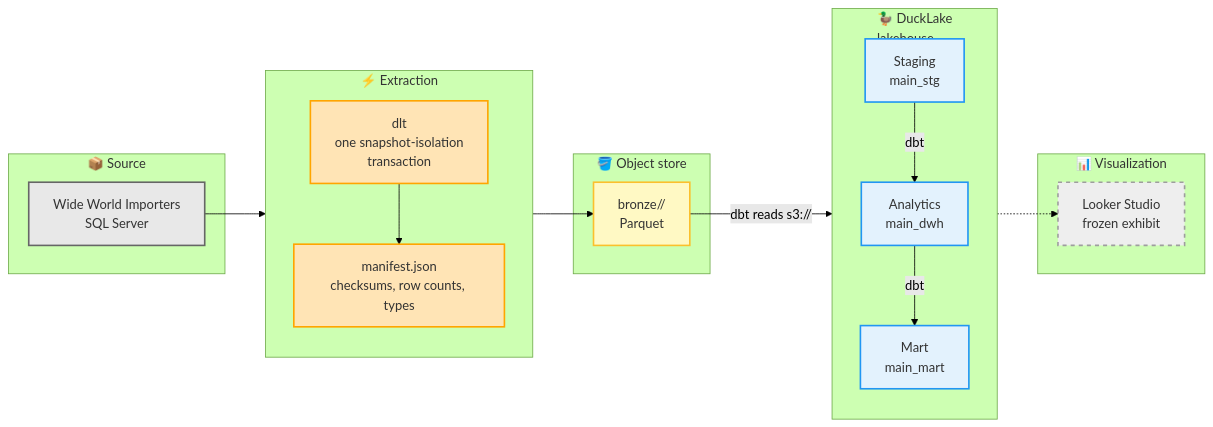
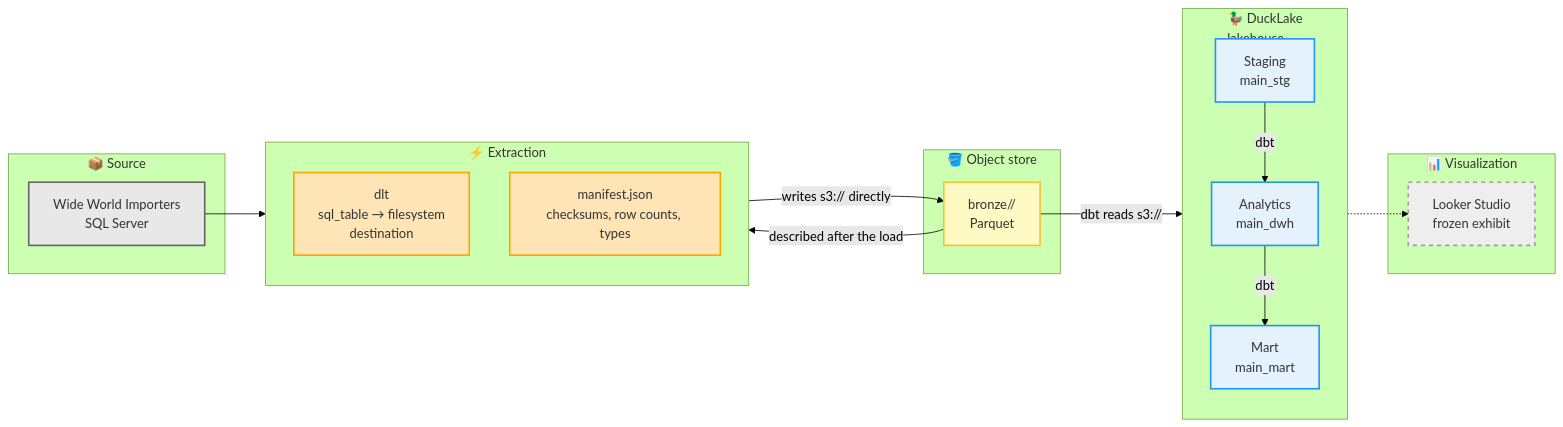
The diagram in README.md (plat102/pj-dw-wide-world-importers), drawn with Mermaid (forest theme) before and after one commit. The commit also changed other lines of this file and 5 other files, not shown here.

````diff
--- a/README.md
+++ b/README.md
@@ -37,45 +50,45 @@
 ```mermaid
 flowchart LR
     subgraph source["📦 Source"]
         OLTP[Wide World Importers<br/>SQL Server]
     end
 
     subgraph ingest["⚡ Extraction"]
         direction TB
-        DLT[dlt<br/>one snapshot-isolation<br/>transaction]
+        DLT[dlt<br/>sql_table → filesystem<br/>destination]
         MANIFEST[manifest.json<br/>checksums, row counts, types]
     end
 
     subgraph store["🪣 Object store"]
         BRONZE[bronze/<snapshot-id>/<br/>Parquet]
     end
 
     subgraph dwh["🦆 DuckLake<br>lakehouse"]
         direction TB
         STG[Staging<br/>main_stg]
         ANALYTICS[Analytics<br/>main_dwh]
         MART[Mart<br/>main_mart]
 
         STG -->|dbt| ANALYTICS
         ANALYTICS -->|dbt| MART
     end
 
     subgraph bi["📊 Visualization"]
         LOOKER[Looker Studio<br/>frozen exhibit]
     end
 
     OLTP --> DLT
-    DLT --> MANIFEST
-    DLT --> BRONZE
+    DLT -->|writes s3:// directly| BRONZE
+    BRONZE -->|described after the load| MANIFEST
     BRONZE -->|dbt reads s3://| STG
     MART -.-> LOOKER
 
     style OLTP fill:#E8E8E8,stroke:#666,stroke-width:2px,color:#333
     style DLT fill:#FFE4B5,stroke:#FFA500,stroke-width:2px,color:#333
     style MANIFEST fill:#FFE4B5,stroke:#FFA500,stroke-width:2px,color:#333
     style BRONZE fill:#FFF9C4,stroke:#FBC02D,stroke-width:2px,color:#333
     style STG fill:#E3F2FD,stroke:#2196F3,stroke-width:2px,color:#333
     style ANALYTICS fill:#E3F2FD,stroke:#2196F3,stroke-width:2px,color:#333
     style MART fill:#E3F2FD,stroke:#2196F3,stroke-width:2px,color:#333
     style LOOKER fill:#EEEEEE,stroke:#9E9E9E,stroke-width:2px,stroke-dasharray: 5 5,color:#333
 ```
````
